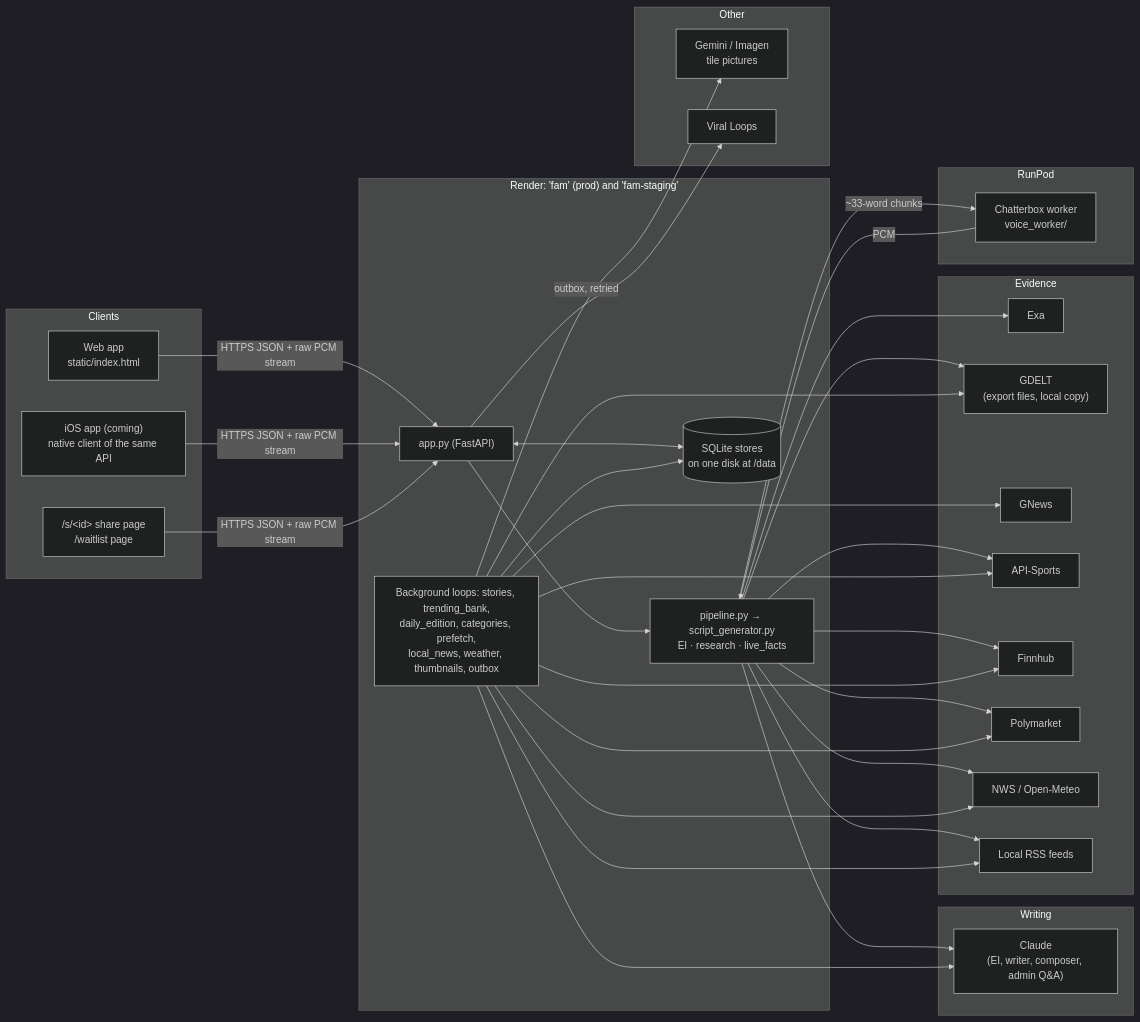
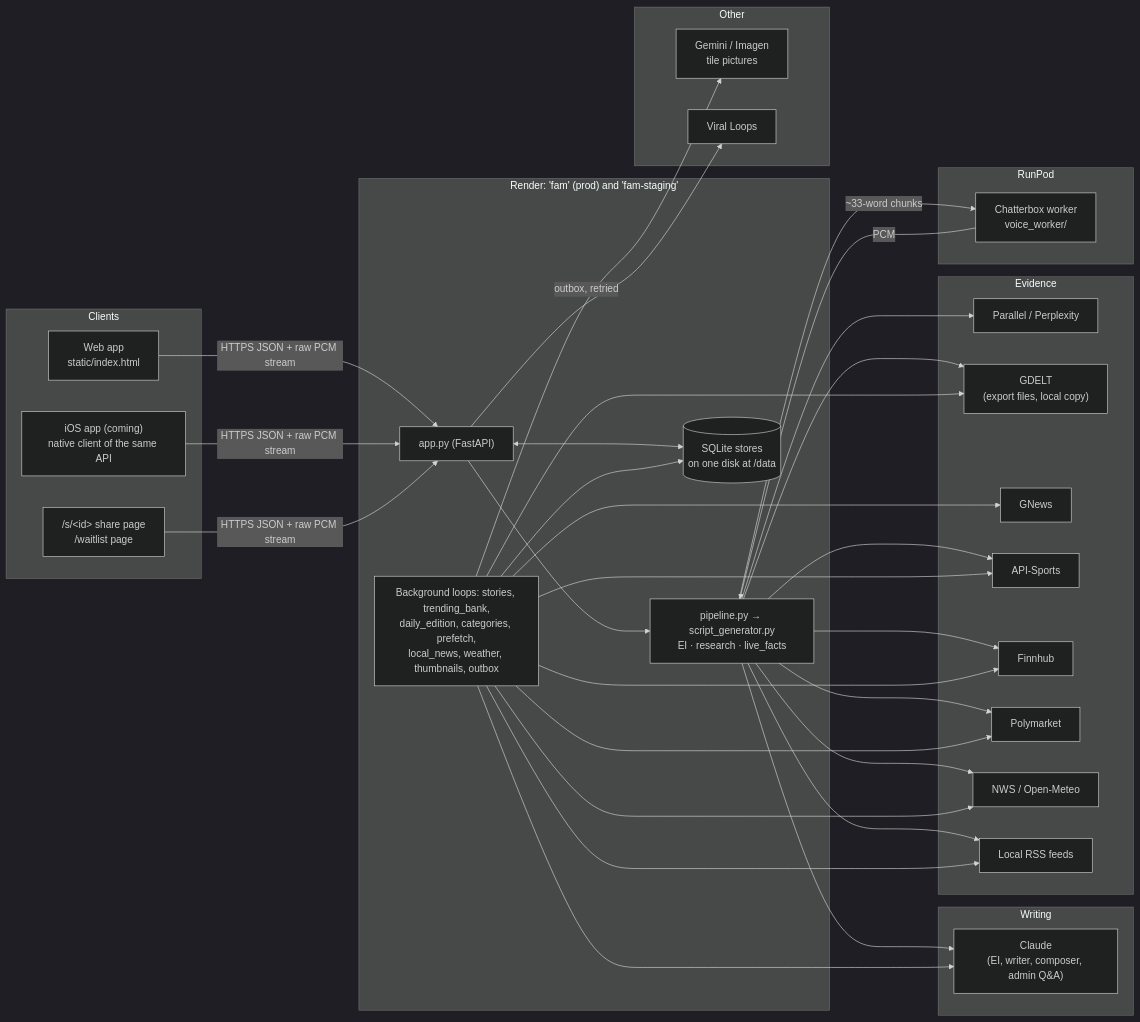
One commit to tjweingart-byte/FAM changed the diagram in docs/ONBOARDING.md. Above: the diagram before and after it, drawn with Mermaid (dark theme). The commit also changed other lines of this file and 74 other files, not shown here.

First line of the commit message:
Delete Exa; the search is Parallel, then Perplexity, then GDELT (§270)

````diff
--- a/docs/ONBOARDING.md
+++ b/docs/ONBOARDING.md
@@ -125,43 +125,43 @@
 ```mermaid
 flowchart LR
   subgraph Clients
     WEB["Web app<br/>static/index.html"]
     IOS["iOS app (coming)<br/>native client of the same API"]
     PAGES["/s/&lt;id&gt; share page<br/>/waitlist page"]
   end
   subgraph Render["Render: 'fam' (prod) and 'fam-staging'"]
     APP["app.py (FastAPI)"]
     PIPE["pipeline.py → script_generator.py<br/>EI · research · live_facts"]
     BG["Background loops: stories, trending_bank,<br/>daily_edition, categories, prefetch,<br/>local_news, weather, thumbnails, outbox"]
     DB[("SQLite stores<br/>on one disk at /data")]
   end
   subgraph Writing
     CL["Claude<br/>(EI, writer, composer, admin Q&A)"]
   end
   subgraph Evidence
-    EXA[Exa]
+    WEBS["Parallel / Perplexity"]
     GD["GDELT<br/>(export files, local copy)"]
     GN[GNews]
     AS[API-Sports]
     FH[Finnhub]
     PM[Polymarket]
     WX[NWS / Open-Meteo]
     RSS[Local RSS feeds]
   end
   subgraph Other
     GEM["Gemini / Imagen<br/>tile pictures"]
     VL[Viral Loops]
   end
   subgraph RunPod
     TTS["Chatterbox worker<br/>voice_worker/"]
   end
   WEB & IOS & PAGES -- "HTTPS JSON + raw PCM stream" --> APP
   APP --> PIPE --> CL
-  PIPE --> EXA & GD & AS & FH & PM & WX & RSS
+  PIPE --> WEBS & GD & AS & FH & PM & WX & RSS
   PIPE -- "~33-word chunks" --> TTS
   TTS -- PCM --> PIPE
   APP <--> DB
   BG --> CL & GN & GD & AS & FH & PM & WX & RSS & GEM
   BG --> DB
   APP -- "outbox, retried" --> VL
 ```
````
